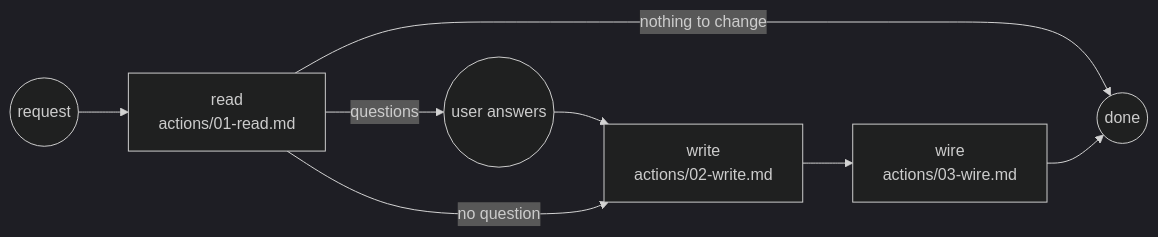
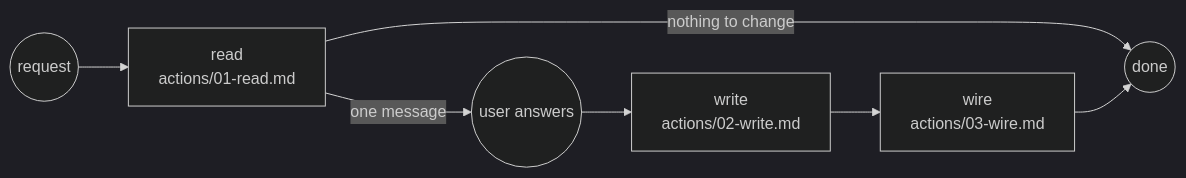
One commit to ai-driven-dev/framework changed the diagram in plugins/aidd-context/skills/02-project-memory/SKILL.md. Above: the diagram before and after it, drawn with Mermaid (dark theme). The commit also changed other lines of this file and 17 other files, not shown here.

````diff
--- a/plugins/aidd-context/skills/02-project-memory/SKILL.md
+++ b/plugins/aidd-context/skills/02-project-memory/SKILL.md
@@ -11,10 +11,9 @@
 ```mermaid
 flowchart LR
   request((request)) --> read["read<br>actions/01-read.md"]
   read -->|"nothing to change"| done((done))
-  read -->|"questions"| user((user answers))
-  user --> write
-  read -->|"no question"| write["write<br>actions/02-write.md"]
+  read -->|"one message"| user((user answers))
+  user --> write["write<br>actions/02-write.md"]
   write --> wire["wire<br>actions/03-wire.md"]
   wire --> done
 ```
````
